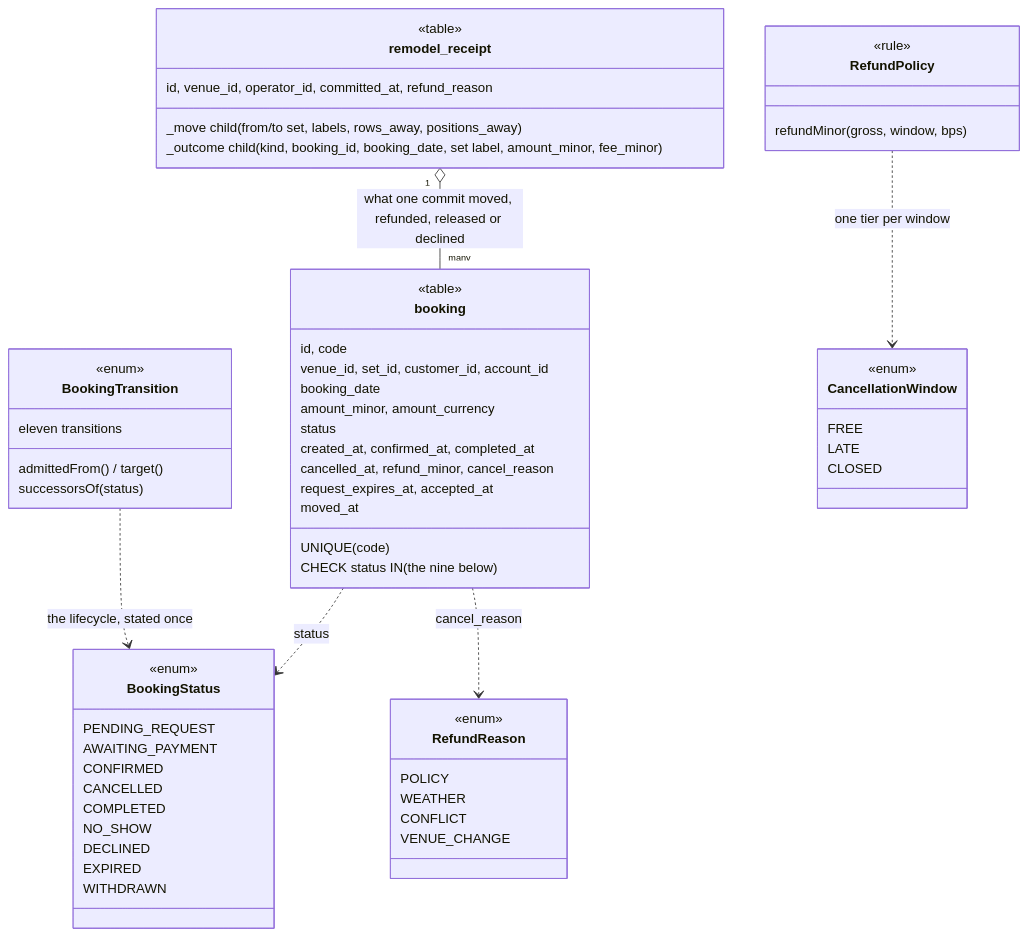
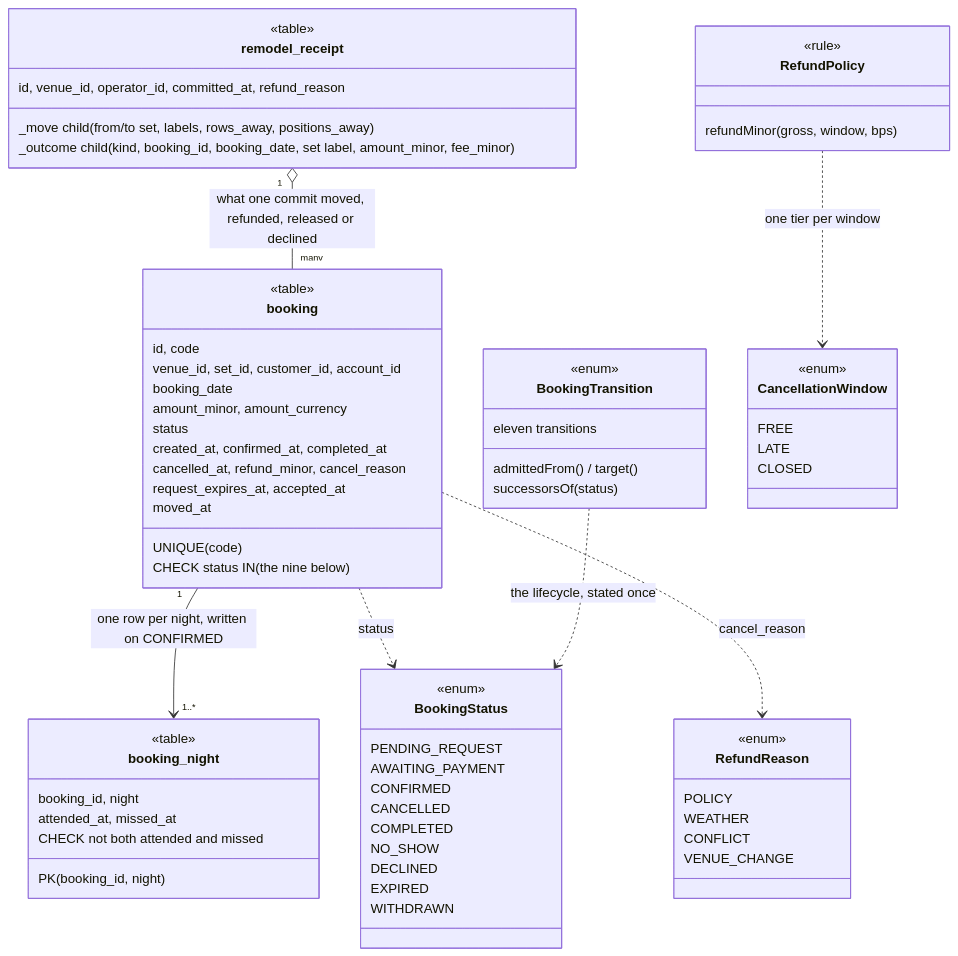
One commit to ivopogace/riviera-sunbed-booking changed the fifth of 15 diagrams in docs/architecture/domain-model.md. Above: the diagram before and after it, drawn with Mermaid. The commit also changed other lines of this file and 3 other files, not shown here.

First line of the commit message:
Attendance as a per-night record: substrate docs and Javadoc (#1200)

````diff
--- a/docs/architecture/domain-model.md
+++ b/docs/architecture/domain-model.md
@@ -323,63 +323,71 @@
 ```mermaid
 classDiagram
     class booking {
         <<table>>
         id, code
         venue_id, set_id, customer_id, account_id
         booking_date
         amount_minor, amount_currency
         status
         created_at, confirmed_at, completed_at
         cancelled_at, refund_minor, cancel_reason
         request_expires_at, accepted_at
         moved_at
         UNIQUE (code)
         CHECK status IN (the nine below)
     }
+    class booking_night {
+        <<table>>
+        booking_id, night
+        attended_at, missed_at
+        PK (booking_id, night)
+        CHECK not both attended and missed
+    }
+    booking "1" --> "1..*" booking_night : one row per night, written on CONFIRMED
     class BookingStatus {
         <<enum>>
         PENDING_REQUEST
         AWAITING_PAYMENT
         CONFIRMED
         CANCELLED
         COMPLETED
         NO_SHOW
         DECLINED
         EXPIRED
         WITHDRAWN
     }
     class BookingTransition {
         <<enum>>
         eleven transitions
         admittedFrom() / target()
         successorsOf(status)
     }
     class RefundPolicy {
         <<rule>>
         refundMinor(gross, window, bps)
     }
     class CancellationWindow {
         <<enum>>
         FREE
         LATE
         CLOSED
     }
     class RefundReason {
         <<enum>>
         POLICY
         WEATHER
         CONFLICT
         VENUE_CHANGE
     }
     class remodel_receipt {
         <<table>>
         id, venue_id, operator_id, committed_at, refund_reason
         _move child (from/to set, labels, rows_away, positions_away)
         _outcome child (kind, booking_id, booking_date, set label, amount_minor, fee_minor)
     }
     booking ..> BookingStatus : status
     BookingTransition ..> BookingStatus : the lifecycle, stated once
     RefundPolicy ..> CancellationWindow : one tier per window
     booking ..> RefundReason : cancel_reason
     remodel_receipt "1" o-- "many" booking : what one commit moved, refunded, released or declined
 ```
````
